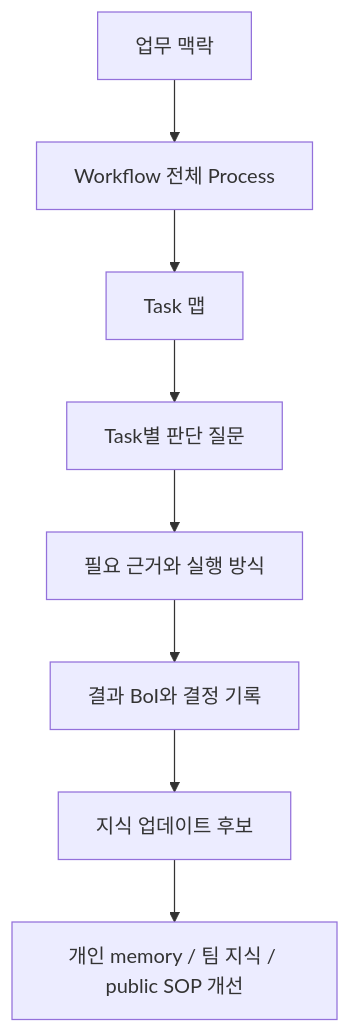
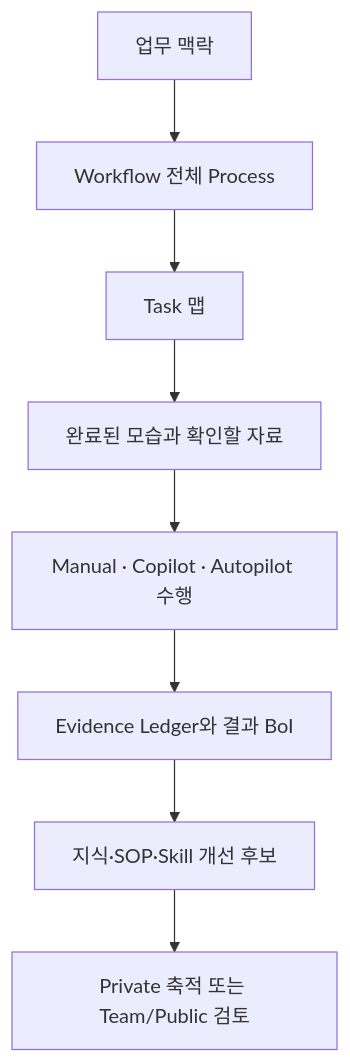
Before and after one commit to chokukil/boi-wiki: the diagram in data/boi/public/boi-wiki-manual/concepts/work-boi-first-model.md, drawn with Mermaid. The commit also changed other lines of this file and 89 other files, not shown here.

````diff
--- a/data/boi/public/boi-wiki-manual/concepts/work-boi-first-model.md
+++ b/data/boi/public/boi-wiki-manual/concepts/work-boi-first-model.md
@@ -36,10 +36,10 @@
 ```mermaid
 flowchart TD
   C["업무 맥락"] --> W["Workflow 전체 Process"]
   W --> T["Task 맵"]
-  T --> D["Task별 판단 질문"]
-  D --> E["필요 근거와 실행 방식"]
-  E --> R["결과 BoI와 결정 기록"]
-  R --> K["지식 업데이트 후보"]
-  K --> M["개인 memory / 팀 지식 / public SOP 개선"]
+  T --> D["완료된 모습과 확인할 자료"]
+  D --> E["Manual · Copilot · Autopilot 수행"]
+  E --> R["Evidence Ledger와 결과 BoI"]
+  R --> K["지식·SOP·Skill 개선 후보"]
+  K --> M["Private 축적 또는 Team/Public 검토"]
 ```
````
